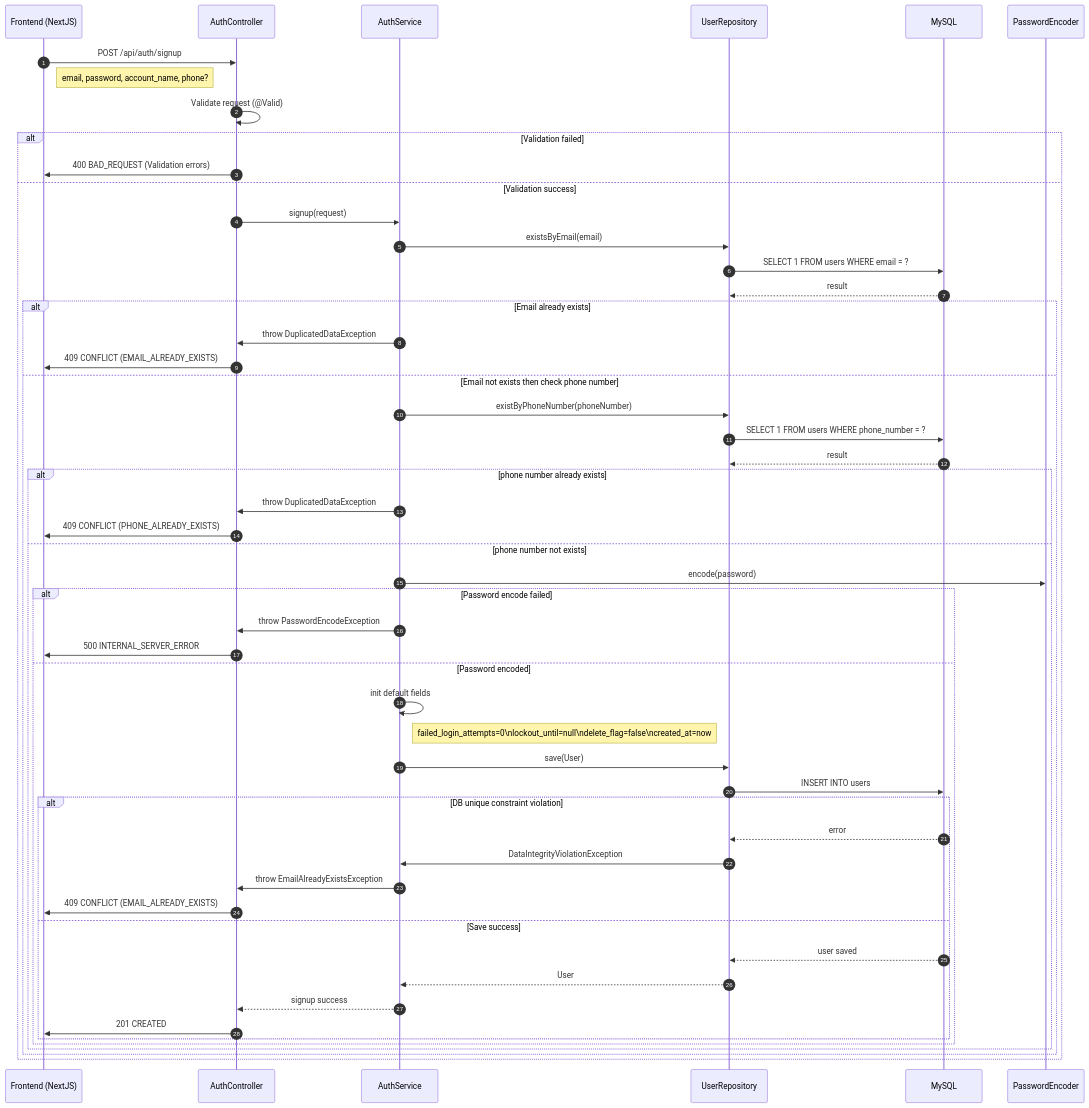
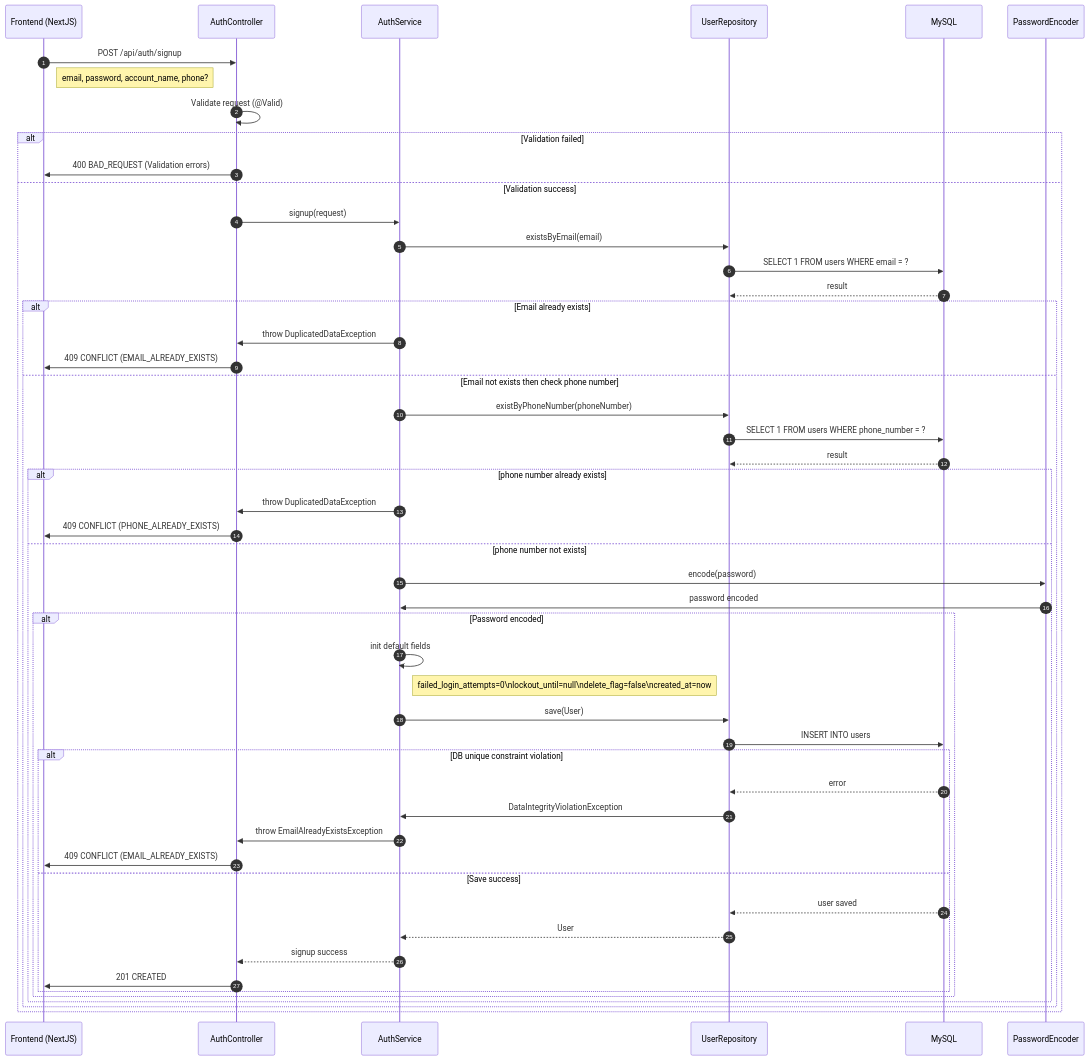
Before and after one commit to haitd2810/FinFlow-Personal-Finance-Management: the diagram in docs/signup.md, drawn with Mermaid. The commit also changed 5 other files, not shown here.

````diff
--- a/docs/signup.md
+++ b/docs/signup.md
@@ -3,64 +3,61 @@
 ```mermaid
 sequenceDiagram
     autonumber
 
     participant FE as Frontend (NextJS)
     participant API as AuthController
     participant SVC as AuthService
     participant REPO as UserRepository
     participant DB as MySQL
     participant ENC as PasswordEncoder
 
     FE ->> API: POST /api/auth/signup
     Note right of FE: email, password, account_name, phone?
 
     API ->> API: Validate request (@Valid)
 
     alt Validation failed
         API ->> FE: 400 BAD_REQUEST (Validation errors)
     else Validation success
         API ->> SVC: signup(request)
 
         SVC ->> REPO: existsByEmail(email)
         REPO ->> DB: SELECT 1 FROM users WHERE email = ?
         DB -->> REPO: result
 
         alt Email already exists
             SVC ->> API: throw DuplicatedDataException
             API ->> FE: 409 CONFLICT (EMAIL_ALREADY_EXISTS)
         else Email not exists then check phone number
             SVC ->> REPO: existByPhoneNumber(phoneNumber)
             REPO ->> DB: SELECT 1 FROM users WHERE phone_number = ?
             DB -->> REPO: result
             alt phone number already exists
               SVC ->> API: throw DuplicatedDataException
               API ->> FE: 409 CONFLICT (PHONE_ALREADY_EXISTS)
             else phone number not exists
               SVC ->> ENC: encode(password)
-
-              alt Password encode failed
-                  SVC ->> API: throw PasswordEncodeException
-                  API ->> FE: 500 INTERNAL_SERVER_ERROR
-              else Password encoded
+              ENC ->> SVC: password encoded
+              alt Password encoded
                   SVC ->> SVC: init default fields
                   Note right of SVC: failed_login_attempts=0\nlockout_until=null\ndelete_flag=false\ncreated_at=now
 
                   SVC ->> REPO: save(User)
                   REPO ->> DB: INSERT INTO users
 
                   alt DB unique constraint violation
                       DB -->> REPO: error
                       REPO ->> SVC: DataIntegrityViolationException
                       SVC ->> API: throw EmailAlreadyExistsException
                       API ->> FE: 409 CONFLICT (EMAIL_ALREADY_EXISTS)
                   else Save success
                       DB -->> REPO: user saved
                       REPO -->> SVC: User
                       SVC -->> API: signup success
                       API ->> FE: 201 CREATED
                   end
               end
             end
         end
     end
 ```
````
